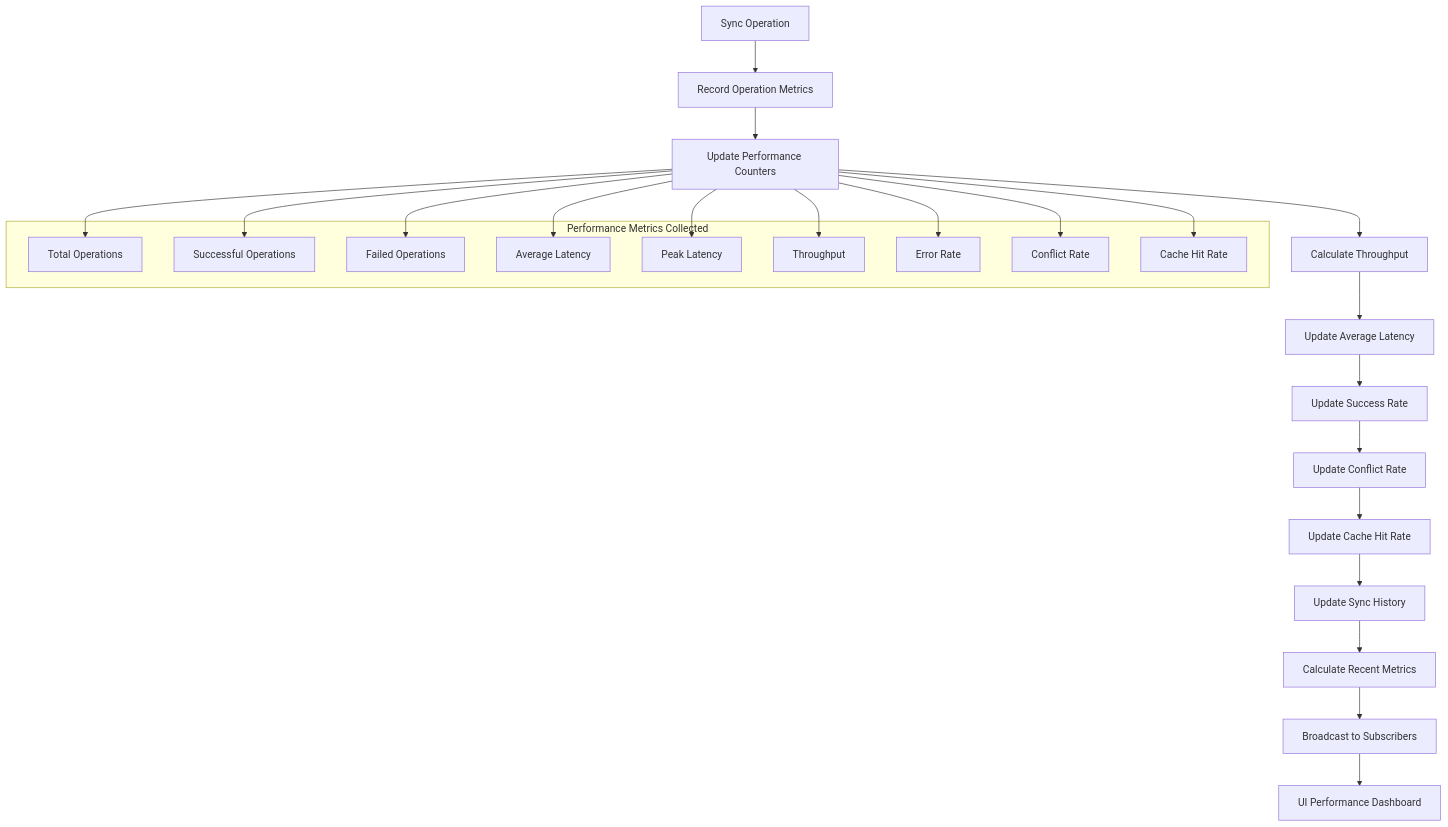
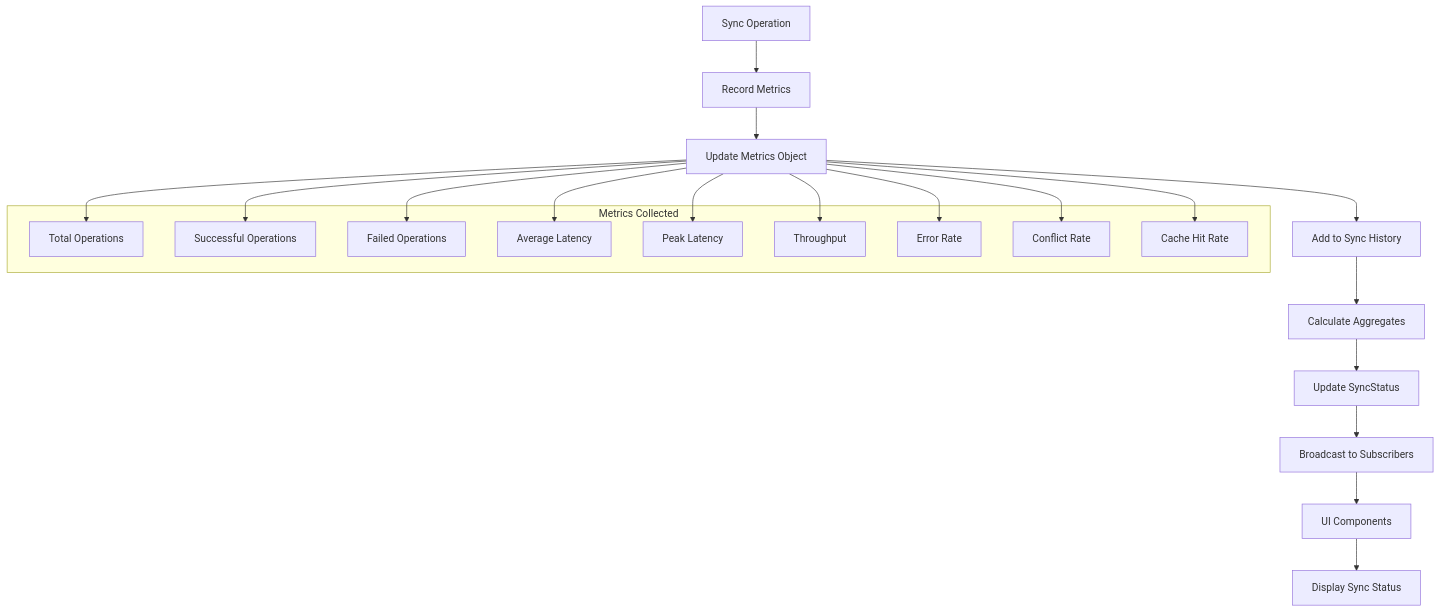
One commit to geniusdynamics/schoolpilot changed diagram 17 of 18 in .qoder/repowiki/en/content/Architecture Overview/Data Management Architecture/Data Synchronization Workflow/Data Synchronization Workflow.md. Above: the diagram before and after it, drawn with Mermaid. The commit also changed other lines of this file and 19 other files, not shown here.

````diff
--- a/.qoder/repowiki/en/content/Architecture Overview/Data Management Architecture/Data Synchronization Workflow/Data Synchronization Workflow.md
+++ b/.qoder/repowiki/en/content/Architecture Overview/Data Management Architecture/Data Synchronization Workflow/Data Synchronization Workflow.md
@@ -552,34 +726,31 @@
 ```mermaid
 flowchart TD
-A[Sync Operation] --> B[Record Operation Metrics]
-B --> C[Update Performance Counters]
-C --> D[Calculate Throughput]
-D --> E[Update Average Latency]
-E --> F[Update Success Rate]
-F --> G[Update Conflict Rate]
-G --> H[Update Cache Hit Rate]
-H --> I[Update Sync History]
-I --> J[Calculate Recent Metrics]
-J --> K[Broadcast to Subscribers]
-K --> L[UI Performance Dashboard]
-subgraph "Performance Metrics Collected"
+A[Sync Operation] --> B[Record Metrics]
+B --> C[Update Metrics Object]
+C --> D[Add to Sync History]
+D --> E[Calculate Aggregates]
+E --> F[Update SyncStatus]
+F --> G[Broadcast to Subscribers]
+G --> H[UI Components]
+H --> I[Display Sync Status]
+subgraph "Metrics Collected"
 M1[Total Operations]
 M2[Successful Operations]
 M3[Failed Operations]
 M4[Average Latency]
 M5[Peak Latency]
 M6[Throughput]
 M7[Error Rate]
 M8[Conflict Rate]
 M9[Cache Hit Rate]
 end
 C --> M1
 C --> M2
 C --> M3
 C --> M4
 C --> M5
 C --> M6
 C --> M7
 C --> M8
 C --> M9
 ```
````
